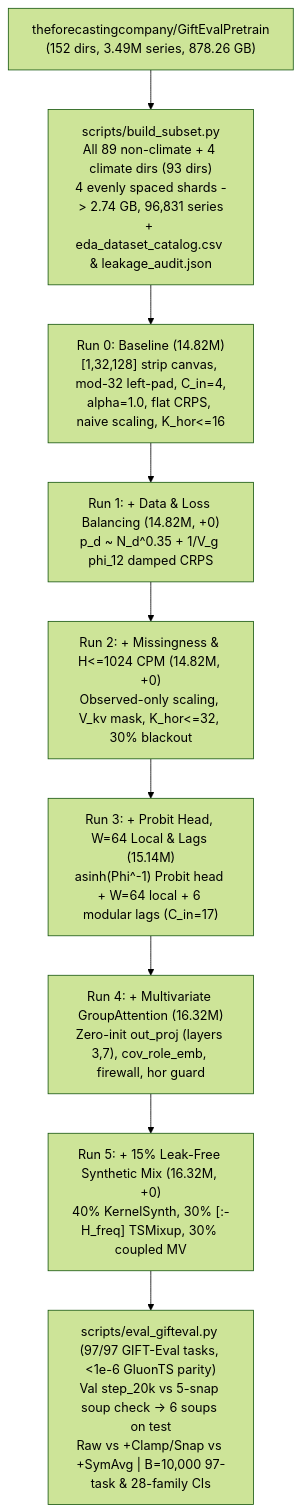
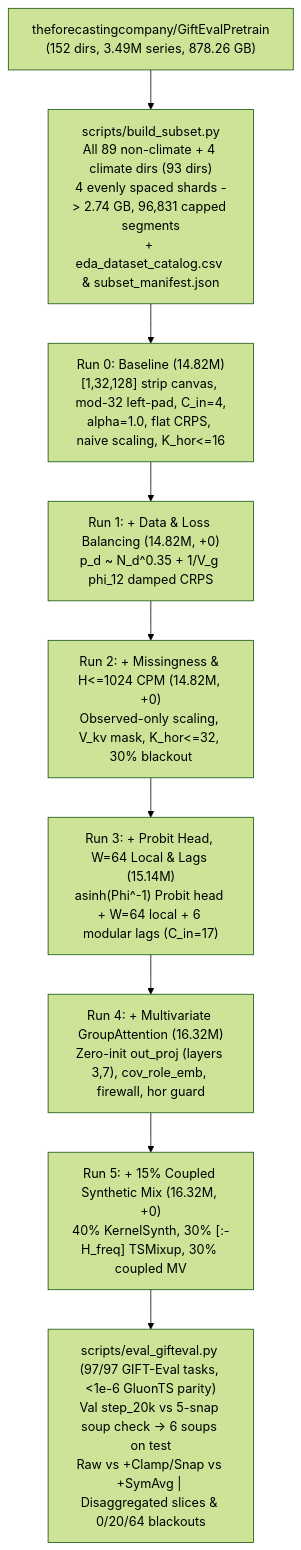
One commit to aldobattista/gifteval-tsfm-prototype changed the diagram in README.md. Above: the diagram before and after it, drawn with Mermaid (forest theme). The commit also changed other lines of this file and 22 other files, not shown here.

Commit message:
Streamline repo: remove jupytext .py mirrors, cross-corpus leakage audit, and bootstrap CIs

````diff
--- a/README.md
+++ b/README.md
@@ -35,11 +38,11 @@
 ```mermaid
 flowchart TD
-    D["theforecastingcompany/GiftEvalPretrain<br/>(152 dirs, 3.49M series, 878.26 GB)"] --> S["scripts/build_subset.py<br/>All 89 non-climate + 4 climate dirs (93 dirs)<br/>4 evenly spaced shards -> 2.74 GB, 96,831 series<br/>+ eda_dataset_catalog.csv & leakage_audit.json"]
+    D["theforecastingcompany/GiftEvalPretrain<br/>(152 dirs, 3.49M series, 878.26 GB)"] --> S["scripts/build_subset.py<br/>All 89 non-climate + 4 climate dirs (93 dirs)<br/>4 evenly spaced shards -> 2.74 GB, 96,831 capped segments<br/>+ eda_dataset_catalog.csv & subset_manifest.json"]
     S --> R0["Run 0: Baseline (14.82M)<br/>[1,32,128] strip canvas, mod-32 left-pad, C_in=4,<br/>alpha=1.0, flat CRPS, naive scaling, K_hor<=16"]
     R0 --> R1["Run 1: + Data & Loss Balancing (14.82M, +0)<br/>p_d ~ N_d^0.35 + 1/V_g phi_12 damped CRPS"]
     R1 --> R2["Run 2: + Missingness & H<=1024 CPM (14.82M, +0)<br/>Observed-only scaling, V_kv mask, K_hor<=32, 30% blackout"]
     R2 --> R3["Run 3: + Probit Head, W=64 Local & Lags (15.14M)<br/>asinh(Phi^-1) Probit head + W=64 local + 6 modular lags (C_in=17)"]
     R3 --> R4["Run 4: + Multivariate GroupAttention (16.32M)<br/>Zero-init out_proj (layers 3,7), cov_role_emb, firewall, hor guard"]
-    R4 --> R5["Run 5: + 15% Leak-Free Synthetic Mix (16.32M, +0)<br/>40% KernelSynth, 30% [:-H_freq] TSMixup, 30% coupled MV"]
-    R5 --> EV["scripts/eval_gifteval.py (97/97 GIFT-Eval tasks, <1e-6 GluonTS parity)<br/>Val step_20k vs 5-snap soup check -> 6 soups on test<br/>Raw vs +Clamp/Snap vs +SymAvg | B=10,000 97-task & 28-family CIs"]
+    R4 --> R5["Run 5: + 15% Coupled Synthetic Mix (16.32M, +0)<br/>40% KernelSynth, 30% [:-H_freq] TSMixup, 30% coupled MV"]
+    R5 --> EV["scripts/eval_gifteval.py (97/97 GIFT-Eval tasks, <1e-6 GluonTS parity)<br/>Val step_20k vs 5-snap soup check -> 6 soups on test<br/>Raw vs +Clamp/Snap vs +SymAvg | Disaggregated slices & 0/20/64 blackouts"]
 ```
````
